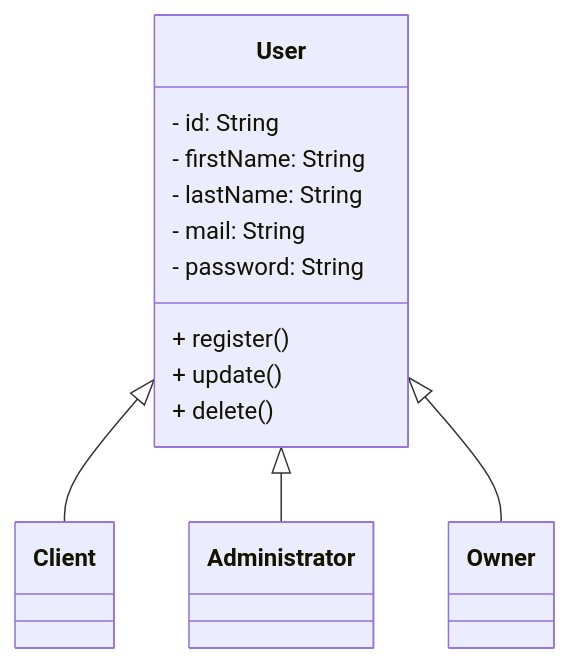
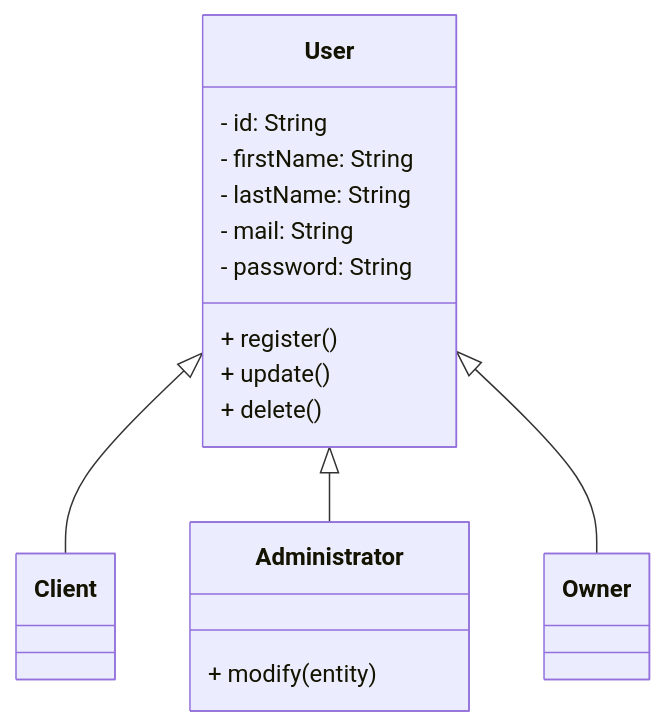
One commit to LEROY-Yanis/holbertonschool-hbnb changed the diagram in task_1.md. Above: the diagram before and after it, drawn with Mermaid.

Commit message:
Add Administrator class with modify method

````diff
--- a/task_1.md
+++ b/task_1.md
@@ -1,19 +1,25 @@
 ```mermaid
 classDiagram
     direction TD
 
     User <|-- Client
     User <|-- Administrator
     User <|-- Owner
 
     class User{
         - id: String
         - firstName: String
         - lastName: String
         - mail: String
         - password: String
         + register()
         + update()
         + delete()
     }
+
+    class Administrator{
+        + modify(entity)
+    }
+
+    
  ```
````
